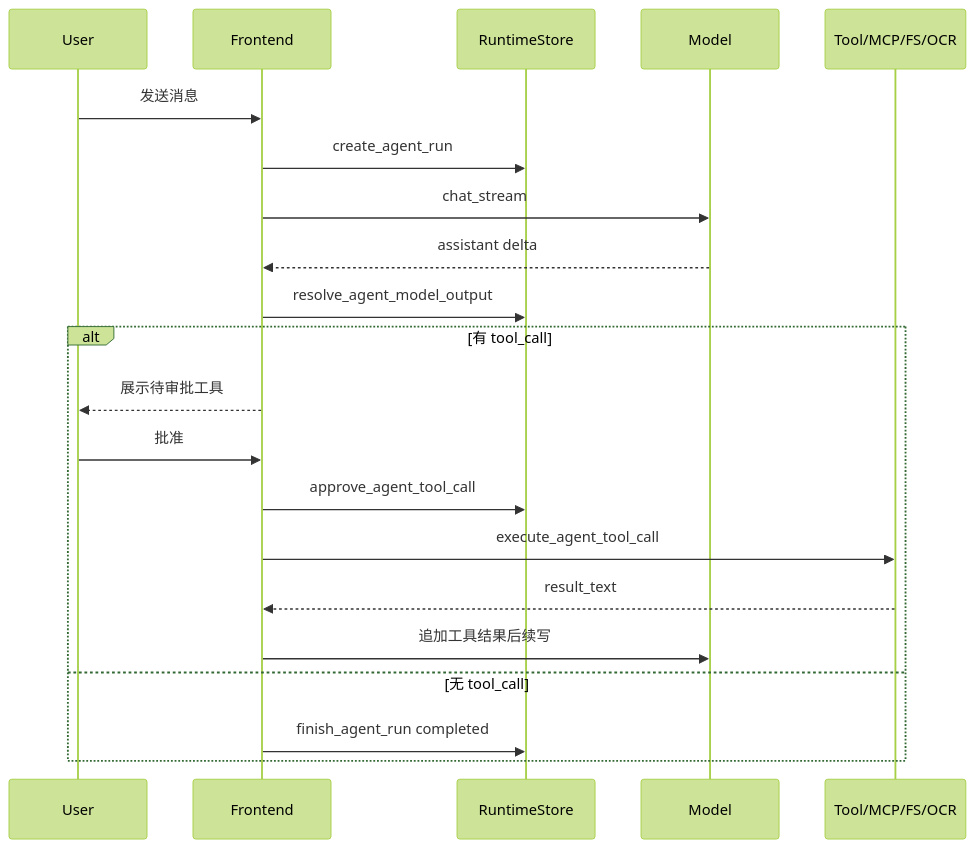
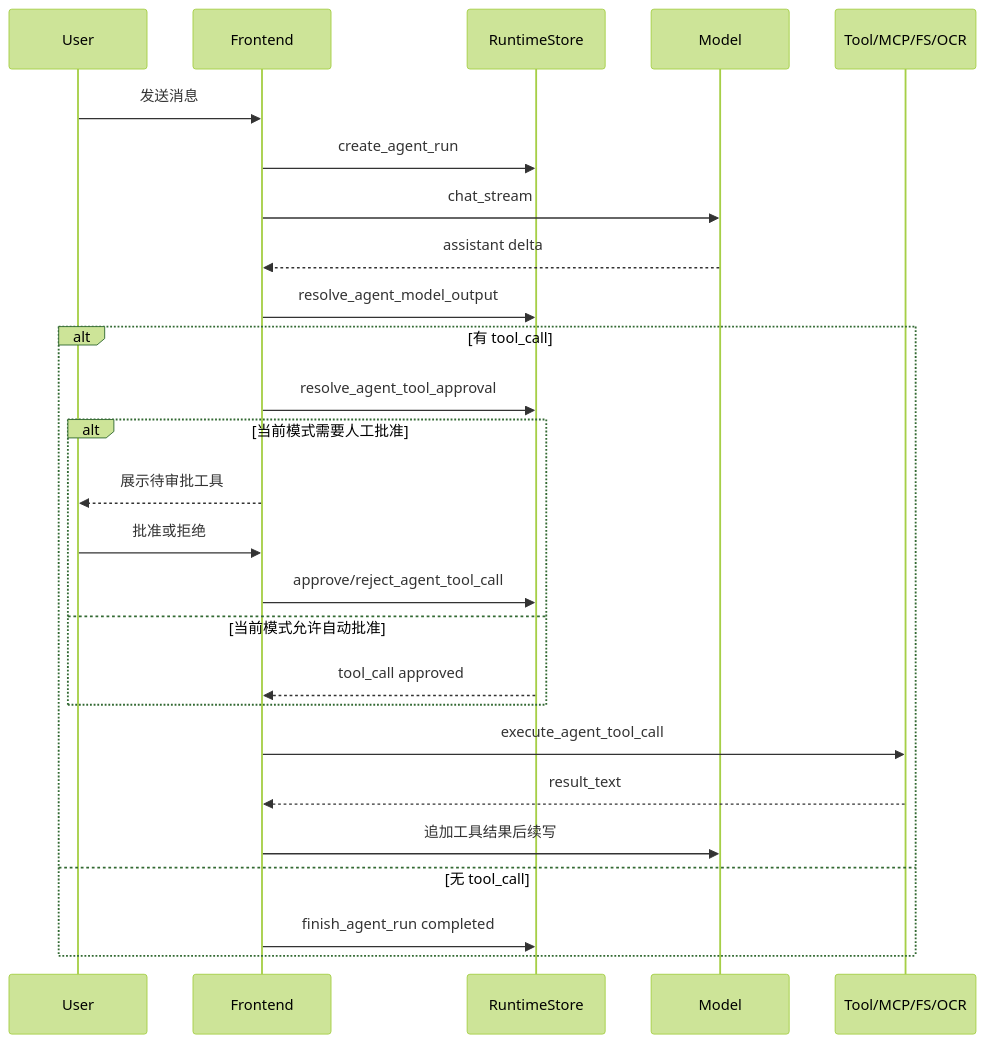
Before and after one commit to NanoAgentCode/NanoDesk: the diagram in docs/智能体检索增强与扩展工具设计.md, drawn with Mermaid (forest theme). The commit also changed other lines of this file and 16 other files, not shown here.

````diff
--- a/docs/智能体检索增强与扩展工具设计.md
+++ b/docs/智能体检索增强与扩展工具设计.md
@@ -53,24 +61,29 @@
 ```mermaid
 sequenceDiagram
   participant U as User
   participant FE as Frontend
   participant RT as RuntimeStore
   participant LLM as Model
   participant Tool as Tool/MCP/FS/OCR
 
   U->>FE: 发送消息
   FE->>RT: create_agent_run
   FE->>LLM: chat_stream
   LLM-->>FE: assistant delta
   FE->>RT: resolve_agent_model_output
   alt 有 tool_call
-    FE-->>U: 展示待审批工具
-    U->>FE: 批准
-    FE->>RT: approve_agent_tool_call
+    FE->>RT: resolve_agent_tool_approval
+    alt 当前模式需要人工批准
+      FE-->>U: 展示待审批工具
+      U->>FE: 批准或拒绝
+      FE->>RT: approve/reject_agent_tool_call
+    else 当前模式允许自动批准
+      RT-->>FE: tool_call approved
+    end
     FE->>Tool: execute_agent_tool_call
     Tool-->>FE: result_text
     FE->>LLM: 追加工具结果后续写
   else 无 tool_call
     FE->>RT: finish_agent_run completed
   end
 ```
````
